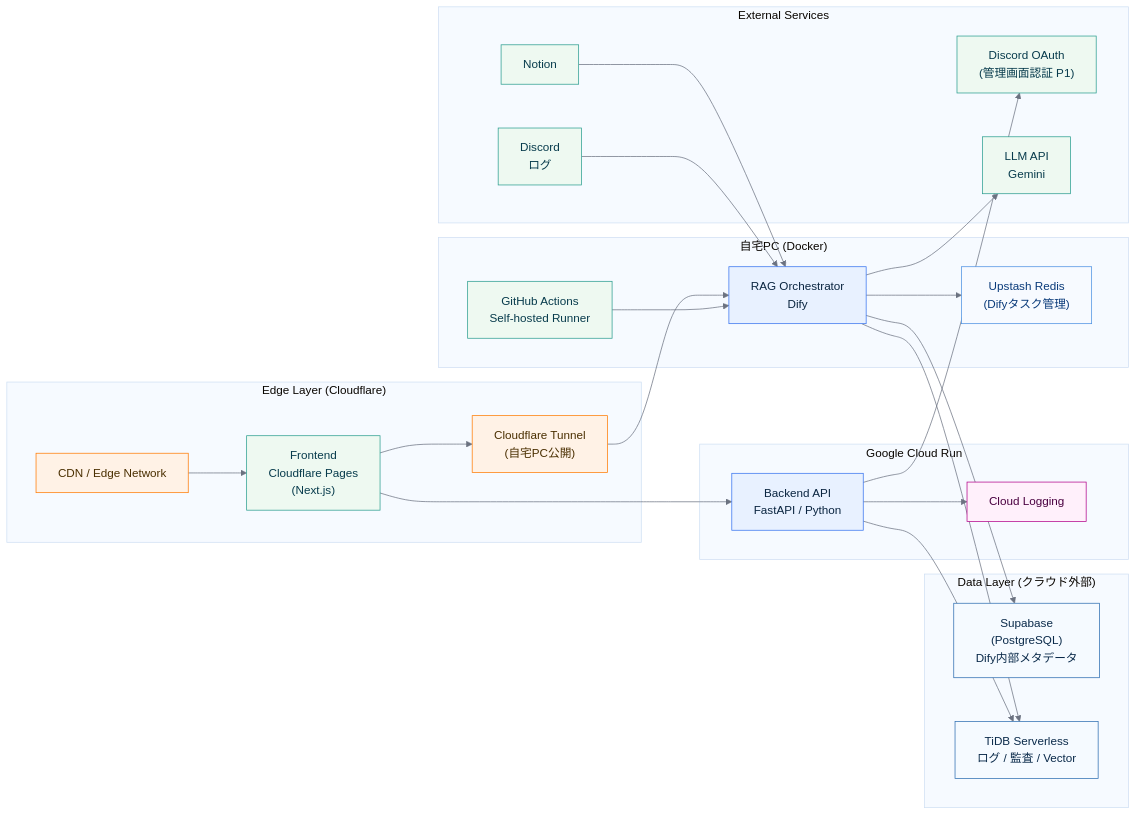
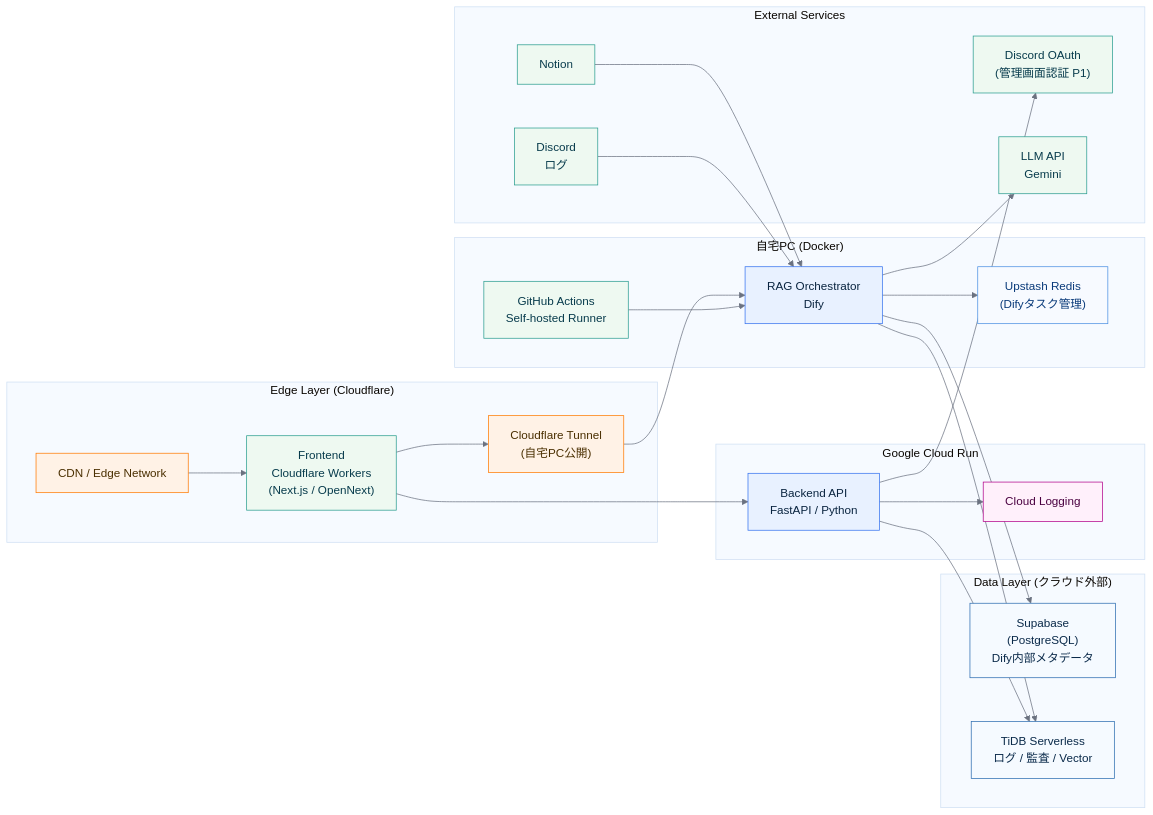
One commit to jyogi-web/Jyogi_Navi changed the diagram in docs/07_infrastructure.md. Above: the diagram before and after it, drawn with Mermaid. The commit also changed other lines of this file and 1 other file, not shown here.

Commit message:
docs: Cloudflare Pages → Workers に統一（実装に合わせて修正）+ infra/cloudflare/ をディレクトリ構成に追加

```diff
--- a/docs/07_infrastructure.md
+++ b/docs/07_infrastructure.md
@@ -49,7 +49,7 @@
     %% =======================
     subgraph EDGE["Edge Layer (Cloudflare)"]
         CDN["CDN / Edge Network"]:::edge
-        FE["Frontend<br/>Cloudflare Pages<br/>(Next.js)"]:::svc
+        FE["Frontend<br/>Cloudflare Workers<br/>(Next.js / OpenNext)"]:::svc
         TUNNEL["Cloudflare Tunnel<br/>(自宅PC公開)"]:::edge
     end
 
```
